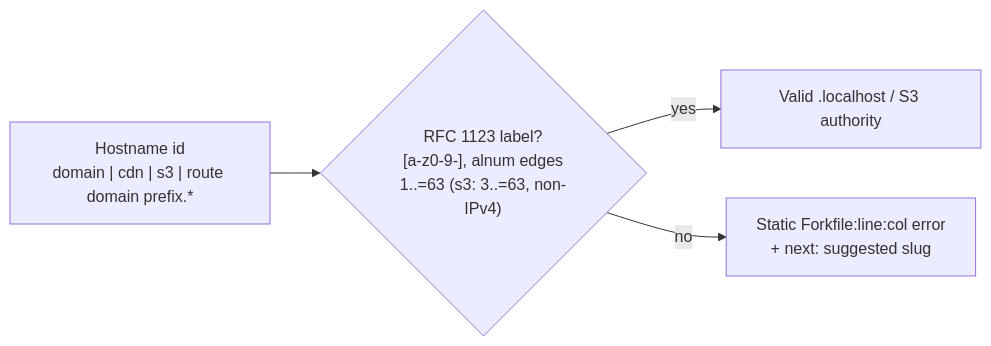
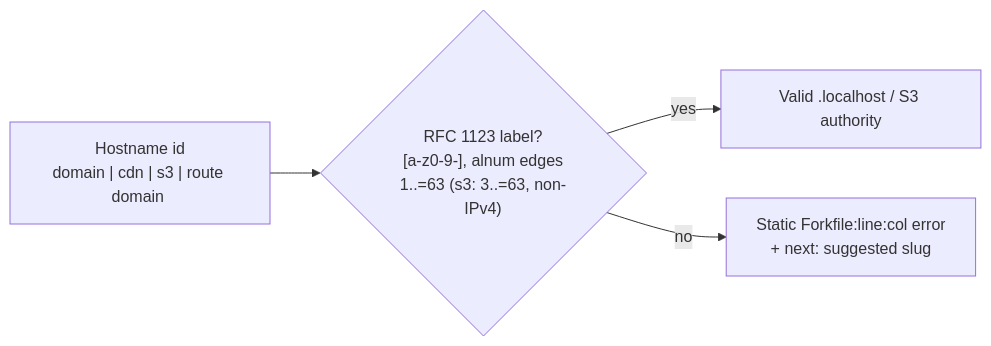
Before and after one commit to OffworldNexus/slipfork: the diagram in specs/01-forkfile.md, drawn with Mermaid. The commit also changed other lines of this file and 38 other files, not shown here.

Commit message:
[M3.56] Delete domain <prefix>.* wildcard; routes bind declared domains

````diff
--- a/specs/01-forkfile.md
+++ b/specs/01-forkfile.md
@@ -47,6 +47,6 @@
 ```mermaid
 flowchart LR
-  Decl["Hostname id\ndomain | cdn | s3 | route domain prefix.*"] --> Check{"RFC 1123 label?\n[a-z0-9-], alnum edges\n1..=63 (s3: 3..=63, non-IPv4)"}
+  Decl["Hostname id\ndomain | cdn | s3 | route domain <id>"] --> Check{"RFC 1123 label?\n[a-z0-9-], alnum edges\n1..=63 (s3: 3..=63, non-IPv4)"}
   Check -->|"yes"| Ok["Valid .localhost / S3 authority"]
   Check -->|"no"| Err["Static Forkfile:line:col error\n+ next: suggested slug"]
 ```
````
